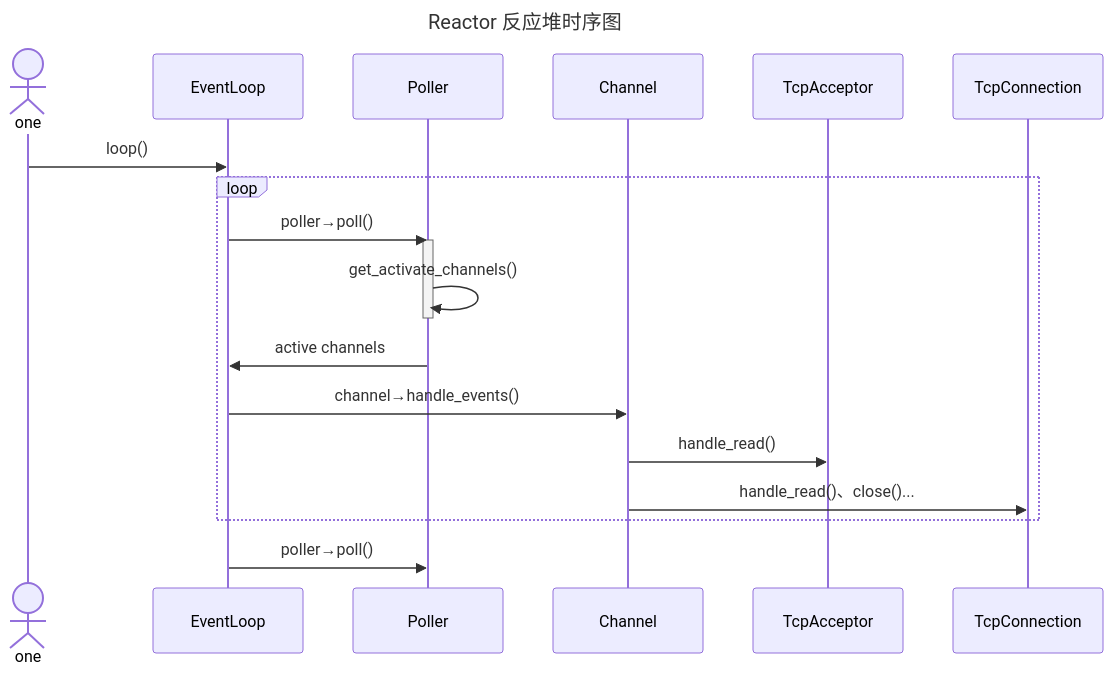
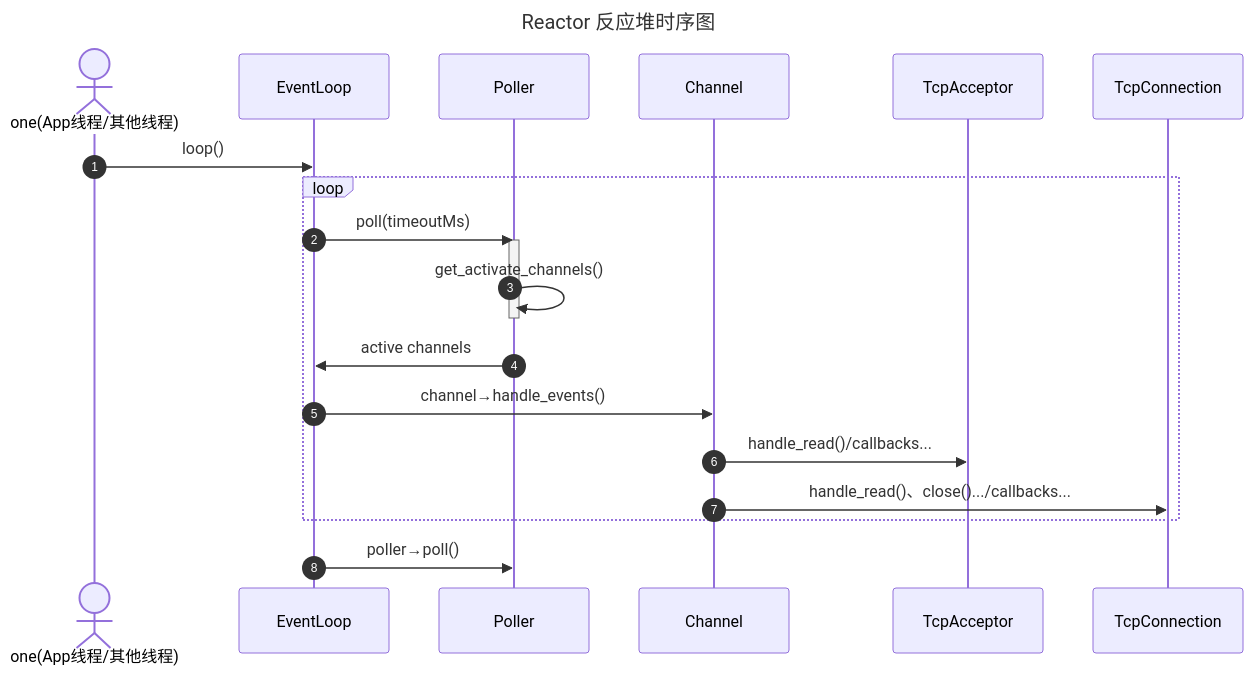
One commit to WenXingming/Tudou changed the first of 2 diagrams in README.md. Above: the diagram before and after it, drawn with Mermaid. The commit also changed other lines of this file and 3 other files, not shown here.

````diff
--- a/README.md
+++ b/README.md
@@ -183,53 +11,37 @@
 ```mermaid
-
-%% %% 示例：在代码块顶部配置主题变量
-%% %%{init: {'theme':'forest'}}%%
-%% sequenceDiagram
-
-%%     participant EventLoop
-%%     participant Poller
-%%     participant Channel
-%%     participant TcpAcceptor
-%%     participant TcpConnection
-	
-%% 	EventLoop->>Poller: 使用 poller 监听发生事件的 channels
-%% 	Poller->>EventLoop: 返回发生事件的 channels 给 eventLoop
-%% 	EventLoop->>Channel: eventloop 通知 channel 处理回调
-%% 	Channel->> TcpAcceptor: 根据事件进行回调
-%% 	Channel->> TcpConnection: 根据事件进行回调
-%% 	EventLoop->>Poller: 使用 poller 监听发生事件的 channels
 
 %%{init: {
     "theme": "default",
     "themeVariables": {
         "fontFamily": "Times New Roman",
         "fontSize": "20px"
     }
 }}%%
 
 sequenceDiagram
     title Reactor 反应堆时序图
-    
-    actor one
+    autonumber
+
+    actor one(App线程/其他线程)
     participant EventLoop
     participant Poller
     participant Channel
     participant TcpAcceptor
     participant TcpConnection
-	
-    one ->> EventLoop: loop()
+
+    one(App线程/其他线程) ->> EventLoop: loop()
     loop
-	EventLoop->>Poller: poller→poll()
+        EventLoop->>Poller: poll(timeoutMs)
 
-    activate Poller
-    Poller->>Poller: get_activate_channels()
-    deactivate Poller
-    
-    Poller->>EventLoop: active channels
-	EventLoop->>Channel: channel→handle_events()
-	Channel->> TcpAcceptor: handle_read()
-	Channel->> TcpConnection: handle_read()、close()...
+        activate Poller
+        Poller->>Poller: get_activate_channels()
+        deactivate Poller
+        
+        Poller->>EventLoop: active channels
+        EventLoop->>Channel: channel→handle_events()
+        Channel->> TcpAcceptor: handle_read()/callbacks...
+        Channel->> TcpConnection: handle_read()、close().../callbacks...
     end
-	EventLoop->>Poller: poller→poll()
+    EventLoop->>Poller: poller→poll()
 
 ```
````
